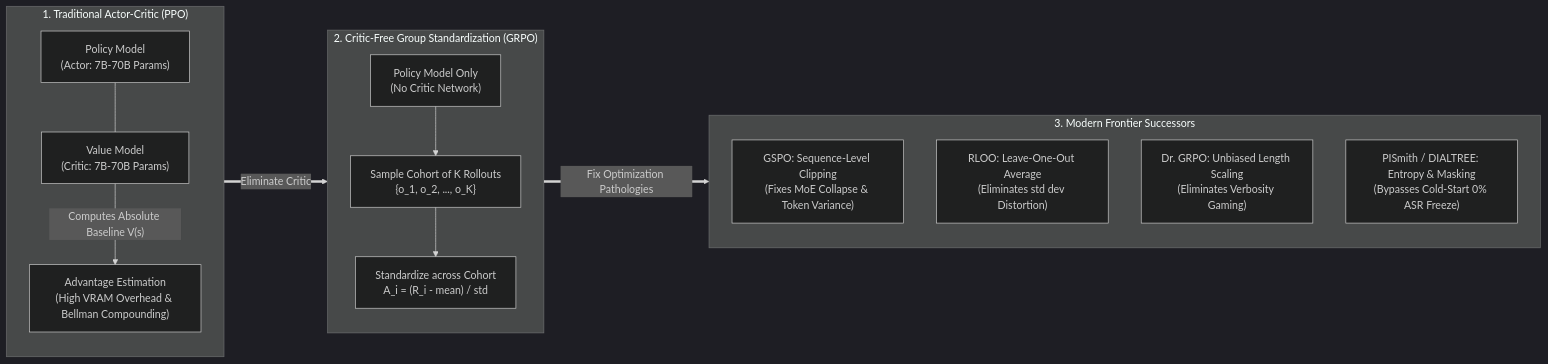
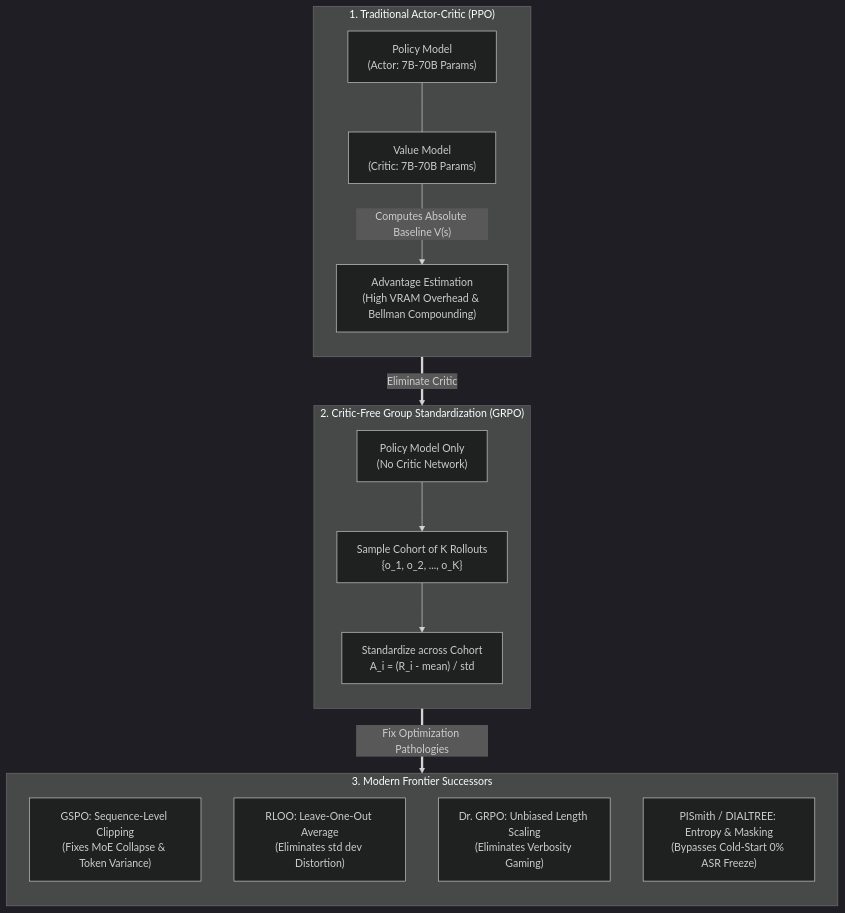
The first of 4 diagrams in docs/05-reports/grpo_alternatives_and_evolution_report.md (neelckr1/capstone_project), drawn with Mermaid (dark theme) before and after one commit. The commit also changed other lines of this file and 2 other files, not shown here.

Commit message:
docs(reports): enforce strict TD format in report diagrams and create beginner pedagogical skill

````diff
--- a/docs/05-reports/grpo_alternatives_and_evolution_report.md
+++ b/docs/05-reports/grpo_alternatives_and_evolution_report.md
@@ -37,25 +37,25 @@
 ```mermaid
-flowchart LR
+flowchart TD
     subgraph PPO["1. Traditional Actor-Critic (PPO)"]
         direction TB
         A1["Policy Model\n(Actor: 7B-70B Params)"] --- C1["Value Model\n(Critic: 7B-70B Params)"]
         C1 -->|"Computes Absolute Baseline V(s)"| ADV1["Advantage Estimation\n(High VRAM Overhead & Bellman Compounding)"]
     end
 
     subgraph GRPO_BASE["2. Critic-Free Group Standardization (GRPO)"]
         direction TB
         A2["Policy Model Only\n(No Critic Network)"] --> ROLLS["Sample Cohort of K Rollouts\n{o_1, o_2, ..., o_K}"]
         ROLLS --> ADV2["Standardize across Cohort\nA_i = (R_i - mean) / std"]
     end
 
     subgraph EVOLUTION["3. Modern Frontier Successors"]
         direction TB
         GSPO["GSPO: Sequence-Level Clipping\n(Fixes MoE Collapse & Token Variance)"]
         RLOO["RLOO: Leave-One-Out Average\n(Eliminates std dev Distortion)"]
         DR_GRPO["Dr. GRPO: Unbiased Length Scaling\n(Eliminates Verbosity Gaming)"]
         PISMITH["PISmith / DIALTREE: Entropy & Masking\n(Bypasses Cold-Start 0% ASR Freeze)"]
     end
 
     PPO ==>|"Eliminate Critic"| GRPO_BASE
     GRPO_BASE ==>|"Fix Optimization Pathologies"| EVOLUTION
 ```
````
